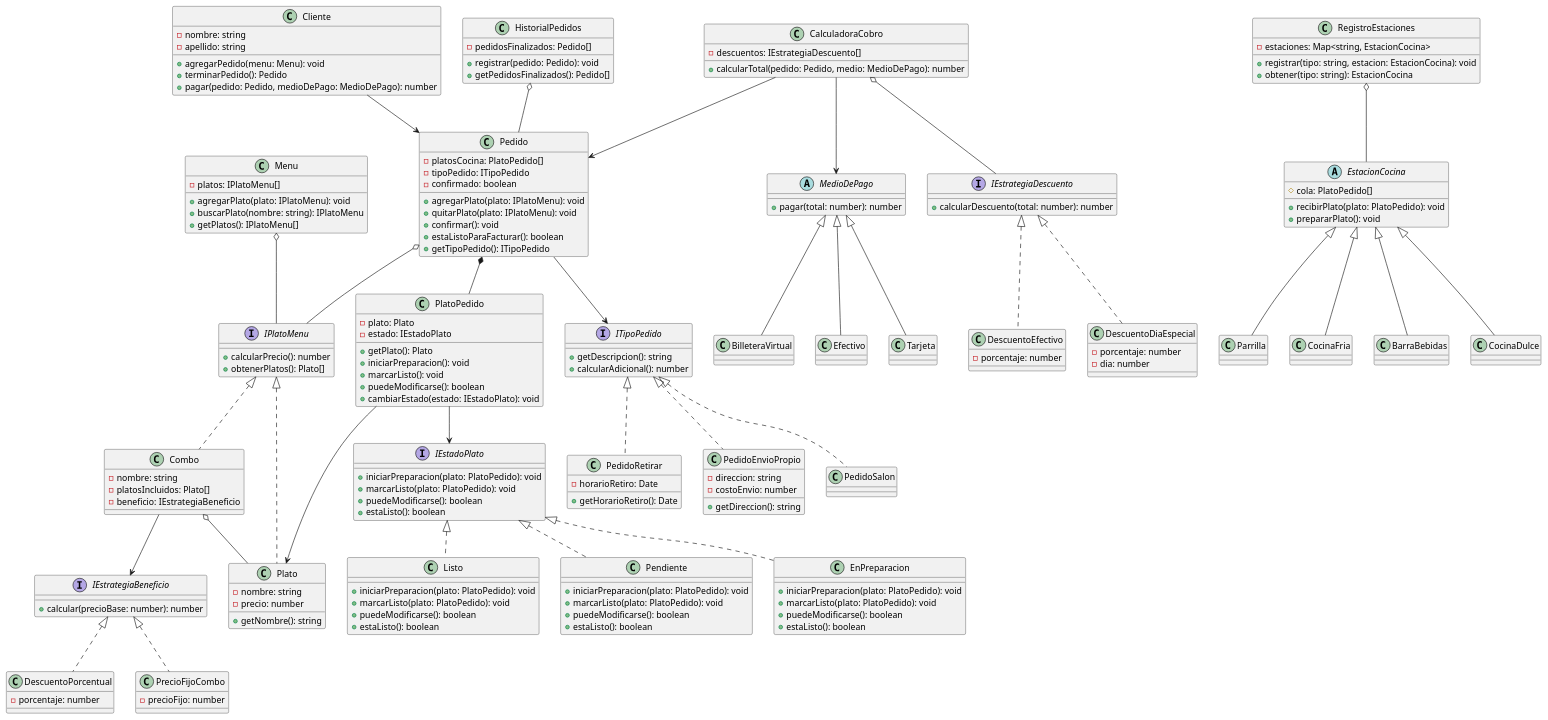
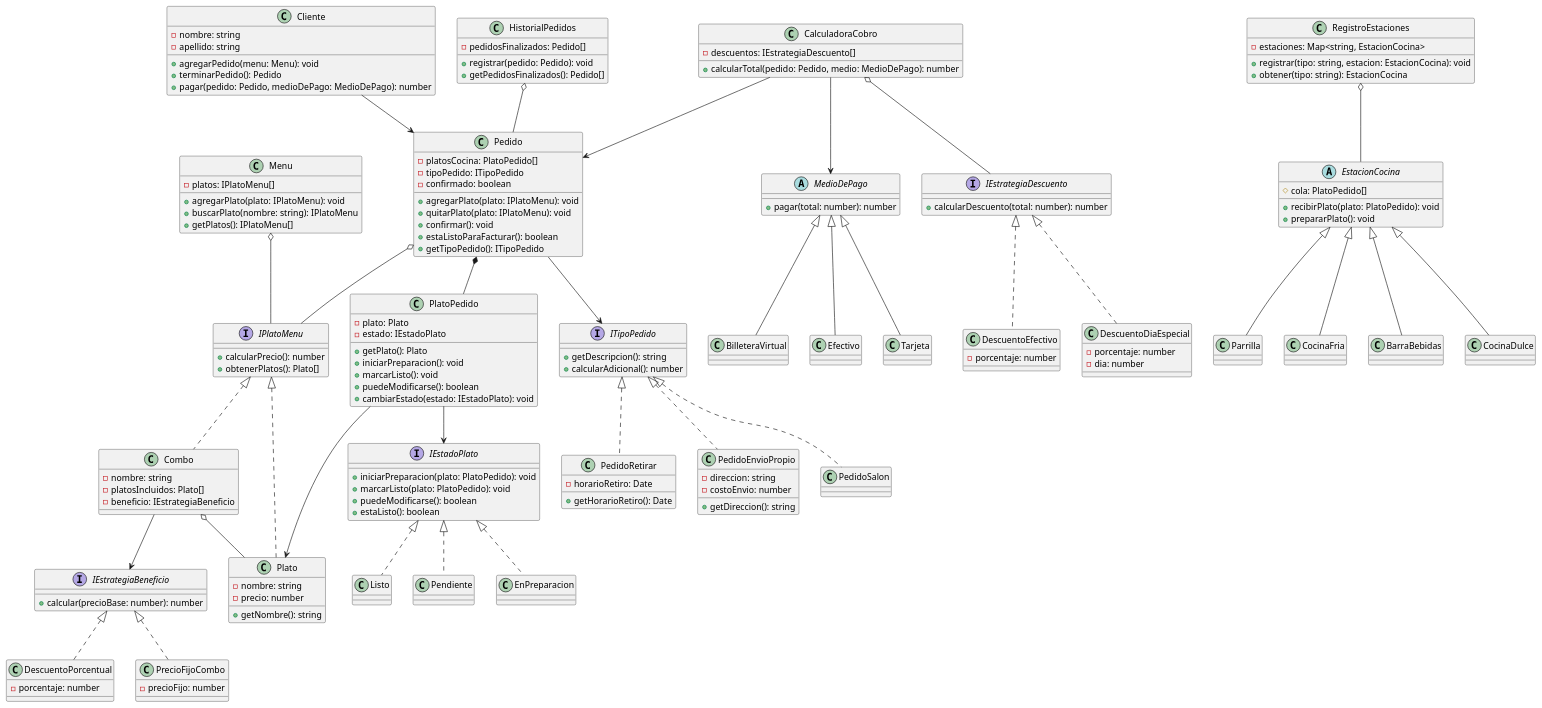
The diagram in diagrama/clase.puml (CoronelAlan/tp_progra2_grupo4), drawn with PlantUML before and after one commit. The commit also changed 7 other files, not shown here.

```diff
--- a/diagrama/clase.puml
+++ b/diagrama/clase.puml
@@ -125,24 +125,12 @@
 }
 
 class Pendiente {
-    + iniciarPreparacion(plato: PlatoPedido): void
-    + marcarListo(plato: PlatoPedido): void
-    + puedeModificarse(): boolean
-    + estaListo(): boolean
 }
 
 class EnPreparacion {
-    + iniciarPreparacion(plato: PlatoPedido): void
-    + marcarListo(plato: PlatoPedido): void
-    + puedeModificarse(): boolean
-    + estaListo(): boolean
 }
 
 class Listo {
-    + iniciarPreparacion(plato: PlatoPedido): void
-    + marcarListo(plato: PlatoPedido): void
-    + puedeModificarse(): boolean
-    + estaListo(): boolean
 }
 
 IEstadoPlato <|.. Pendiente
```
